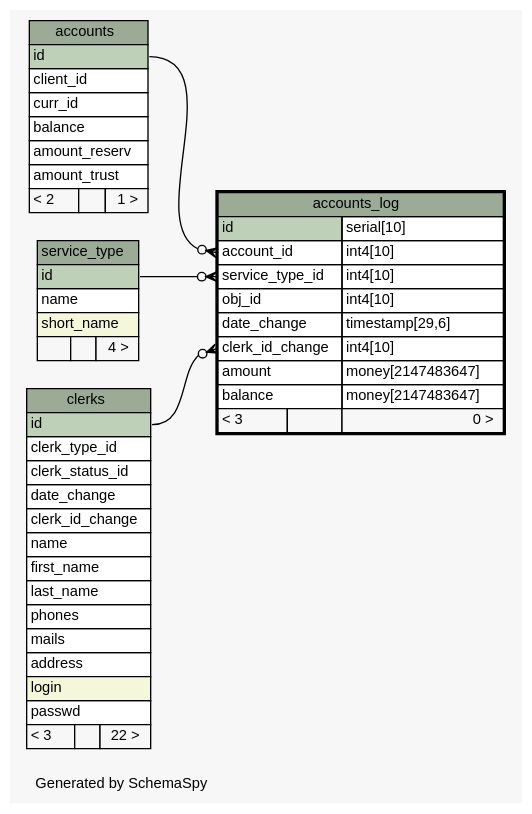
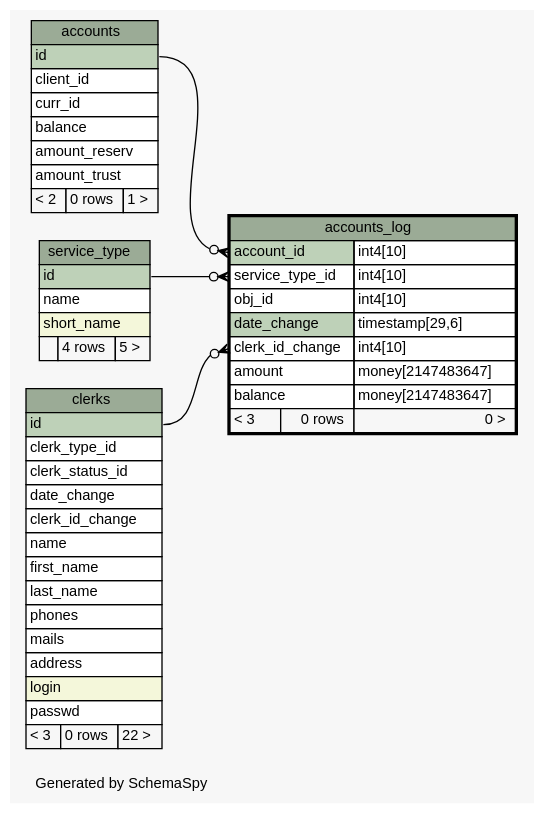
The diagram in db_schema/diagrams/accounts_log.1degree.dot (okharch/avox), drawn with Graphviz before and after one commit. The commit also changed 391 other files, not shown here.

```diff
--- a/db_schema/diagrams/accounts_log.1degree.dot
+++ b/db_schema/diagrams/accounts_log.1degree.dot
@@ -1,91 +1,90 @@
 // dot 2.26.0 on Linux 2.6.32-358.2.1.el6.x86_64
 // SchemaSpy rev 590
 digraph "oneDegreeRelationshipsDiagram" {
   graph [
     rankdir="RL"
     bgcolor="#f7f7f7"
     label="\nGenerated by SchemaSpy"
     labeljust="l"
     nodesep="0.18"
     ranksep="0.46"
     fontname="Helvetica"
     fontsize="11"
   ];
   node [
     fontname="Helvetica"
     fontsize="11"
     shape="plaintext"
   ];
   edge [
     arrowsize="0.8"
   ];
   "accounts_log":"account_id":w -> "accounts":"id":e [arrowhead=none dir=back arrowtail=crowodot];
   "accounts_log":"clerk_id_change":w -> "clerks":"id":e [arrowhead=none dir=back arrowtail=crowodot];
   "accounts_log":"service_type_id":w -> "service_type":"id":e [arrowhead=none dir=back arrowtail=crowodot];
   "accounts" [
     label=<
     <TABLE BORDER="0" CELLBORDER="1" CELLSPACING="0" BGCOLOR="#ffffff">
       <TR><TD COLSPAN="3" BGCOLOR="#9bab96" ALIGN="CENTER">accounts</TD></TR>
       <TR><TD PORT="id" COLSPAN="3" BGCOLOR="#bed1b8" ALIGN="LEFT">id</TD></TR>
       <TR><TD PORT="client_id" COLSPAN="3" ALIGN="LEFT">client_id</TD></TR>
       <TR><TD PORT="curr_id" COLSPAN="3" ALIGN="LEFT">curr_id</TD></TR>
       <TR><TD PORT="balance" COLSPAN="3" ALIGN="LEFT">balance</TD></TR>
       <TR><TD PORT="amount_reserv" COLSPAN="3" ALIGN="LEFT">amount_reserv</TD></TR>
       <TR><TD PORT="amount_trust" COLSPAN="3" ALIGN="LEFT">amount_trust</TD></TR>
-      <TR><TD ALIGN="LEFT" BGCOLOR="#f7f7f7">&lt; 2</TD><TD ALIGN="RIGHT" BGCOLOR="#f7f7f7">  </TD><TD ALIGN="RIGHT" BGCOLOR="#f7f7f7">1 &gt;</TD></TR>
+      <TR><TD ALIGN="LEFT" BGCOLOR="#f7f7f7">&lt; 2</TD><TD ALIGN="RIGHT" BGCOLOR="#f7f7f7">0 rows</TD><TD ALIGN="RIGHT" BGCOLOR="#f7f7f7">1 &gt;</TD></TR>
     </TABLE>>
     URL="accounts.html"
     tooltip="accounts"
   ];
   "accounts_log" [
     label=<
     <TABLE BORDER="2" CELLBORDER="1" CELLSPACING="0" BGCOLOR="#ffffff">
       <TR><TD COLSPAN="3" BGCOLOR="#9bab96" ALIGN="CENTER">accounts_log</TD></TR>
-      <TR><TD PORT="id" COLSPAN="2" BGCOLOR="#bed1b8" ALIGN="LEFT">id</TD><TD PORT="id.type" ALIGN="LEFT">serial[10]</TD></TR>
-      <TR><TD PORT="account_id" COLSPAN="2" ALIGN="LEFT">account_id</TD><TD PORT="account_id.type" ALIGN="LEFT">int4[10]</TD></TR>
+      <TR><TD PORT="account_id" COLSPAN="2" BGCOLOR="#bed1b8" ALIGN="LEFT">account_id</TD><TD PORT="account_id.type" ALIGN="LEFT">int4[10]</TD></TR>
       <TR><TD PORT="service_type_id" COLSPAN="2" ALIGN="LEFT">service_type_id</TD><TD PORT="service_type_id.type" ALIGN="LEFT">int4[10]</TD></TR>
       <TR><TD PORT="obj_id" COLSPAN="2" ALIGN="LEFT">obj_id</TD><TD PORT="obj_id.type" ALIGN="LEFT">int4[10]</TD></TR>
-      <TR><TD PORT="date_change" COLSPAN="2" ALIGN="LEFT">date_change</TD><TD PORT="date_change.type" ALIGN="LEFT">timestamp[29,6]</TD></TR>
+      <TR><TD PORT="date_change" COLSPAN="2" BGCOLOR="#bed1b8" ALIGN="LEFT">date_change</TD><TD PORT="date_change.type" ALIGN="LEFT">timestamp[29,6]</TD></TR>
       <TR><TD PORT="clerk_id_change" COLSPAN="2" ALIGN="LEFT">clerk_id_change</TD><TD PORT="clerk_id_change.type" ALIGN="LEFT">int4[10]</TD></TR>
       <TR><TD PORT="amount" COLSPAN="2" ALIGN="LEFT">amount</TD><TD PORT="amount.type" ALIGN="LEFT">money[2147483647]</TD></TR>
       <TR><TD PORT="balance" COLSPAN="2" ALIGN="LEFT">balance</TD><TD PORT="balance.type" ALIGN="LEFT">money[2147483647]</TD></TR>
-      <TR><TD ALIGN="LEFT" BGCOLOR="#f7f7f7">&lt; 3</TD><TD ALIGN="RIGHT" BGCOLOR="#f7f7f7">  </TD><TD ALIGN="RIGHT" BGCOLOR="#f7f7f7">0 &gt;</TD></TR>
+      <TR><TD ALIGN="LEFT" BGCOLOR="#f7f7f7">&lt; 3</TD><TD ALIGN="RIGHT" BGCOLOR="#f7f7f7">0 rows</TD><TD ALIGN="RIGHT" BGCOLOR="#f7f7f7">0 &gt;</TD></TR>
     </TABLE>>
     URL="accounts_log.html"
     tooltip="accounts_log"
   ];
   "clerks" [
     label=<
     <TABLE BORDER="0" CELLBORDER="1" CELLSPACING="0" BGCOLOR="#ffffff">
       <TR><TD COLSPAN="3" BGCOLOR="#9bab96" ALIGN="CENTER">clerks</TD></TR>
       <TR><TD PORT="id" COLSPAN="3" BGCOLOR="#bed1b8" ALIGN="LEFT">id</TD></TR>
       <TR><TD PORT="clerk_type_id" COLSPAN="3" ALIGN="LEFT">clerk_type_id</TD></TR>
       <TR><TD PORT="clerk_status_id" COLSPAN="3" ALIGN="LEFT">clerk_status_id</TD></TR>
       <TR><TD PORT="date_change" COLSPAN="3" ALIGN="LEFT">date_change</TD></TR>
       <TR><TD PORT="clerk_id_change" COLSPAN="3" ALIGN="LEFT">clerk_id_change</TD></TR>
       <TR><TD PORT="name" COLSPAN="3" ALIGN="LEFT">name</TD></TR>
       <TR><TD PORT="first_name" COLSPAN="3" ALIGN="LEFT">first_name</TD></TR>
       <TR><TD PORT="last_name" COLSPAN="3" ALIGN="LEFT">last_name</TD></TR>
       <TR><TD PORT="phones" COLSPAN="3" ALIGN="LEFT">phones</TD></TR>
       <TR><TD PORT="mails" COLSPAN="3" ALIGN="LEFT">mails</TD></TR>
       <TR><TD PORT="address" COLSPAN="3" ALIGN="LEFT">address</TD></TR>
       <TR><TD PORT="login" COLSPAN="3" BGCOLOR="#f4f7da" ALIGN="LEFT">login</TD></TR>
       <TR><TD PORT="passwd" COLSPAN="3" ALIGN="LEFT">passwd</TD></TR>
-      <TR><TD ALIGN="LEFT" BGCOLOR="#f7f7f7">&lt; 3</TD><TD ALIGN="RIGHT" BGCOLOR="#f7f7f7">  </TD><TD ALIGN="RIGHT" BGCOLOR="#f7f7f7">22 &gt;</TD></TR>
+      <TR><TD ALIGN="LEFT" BGCOLOR="#f7f7f7">&lt; 3</TD><TD ALIGN="RIGHT" BGCOLOR="#f7f7f7">0 rows</TD><TD ALIGN="RIGHT" BGCOLOR="#f7f7f7">22 &gt;</TD></TR>
     </TABLE>>
     URL="clerks.html"
     tooltip="clerks"
   ];
   "service_type" [
     label=<
     <TABLE BORDER="0" CELLBORDER="1" CELLSPACING="0" BGCOLOR="#ffffff">
       <TR><TD COLSPAN="3" BGCOLOR="#9bab96" ALIGN="CENTER">service_type</TD></TR>
       <TR><TD PORT="id" COLSPAN="3" BGCOLOR="#bed1b8" ALIGN="LEFT">id</TD></TR>
       <TR><TD PORT="name" COLSPAN="3" ALIGN="LEFT">name</TD></TR>
       <TR><TD PORT="short_name" COLSPAN="3" BGCOLOR="#f4f7da" ALIGN="LEFT">short_name</TD></TR>
-      <TR><TD ALIGN="LEFT" BGCOLOR="#f7f7f7">  </TD><TD ALIGN="RIGHT" BGCOLOR="#f7f7f7">  </TD><TD ALIGN="RIGHT" BGCOLOR="#f7f7f7">4 &gt;</TD></TR>
+      <TR><TD ALIGN="LEFT" BGCOLOR="#f7f7f7">  </TD><TD ALIGN="RIGHT" BGCOLOR="#f7f7f7">4 rows</TD><TD ALIGN="RIGHT" BGCOLOR="#f7f7f7">5 &gt;</TD></TR>
     </TABLE>>
     URL="service_type.html"
     tooltip="service_type"
   ];
 }
```
